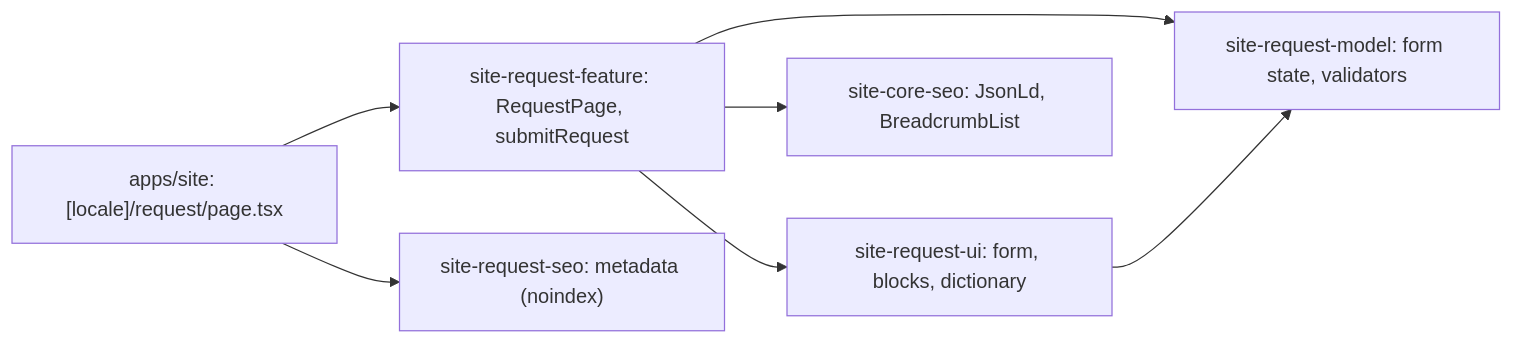
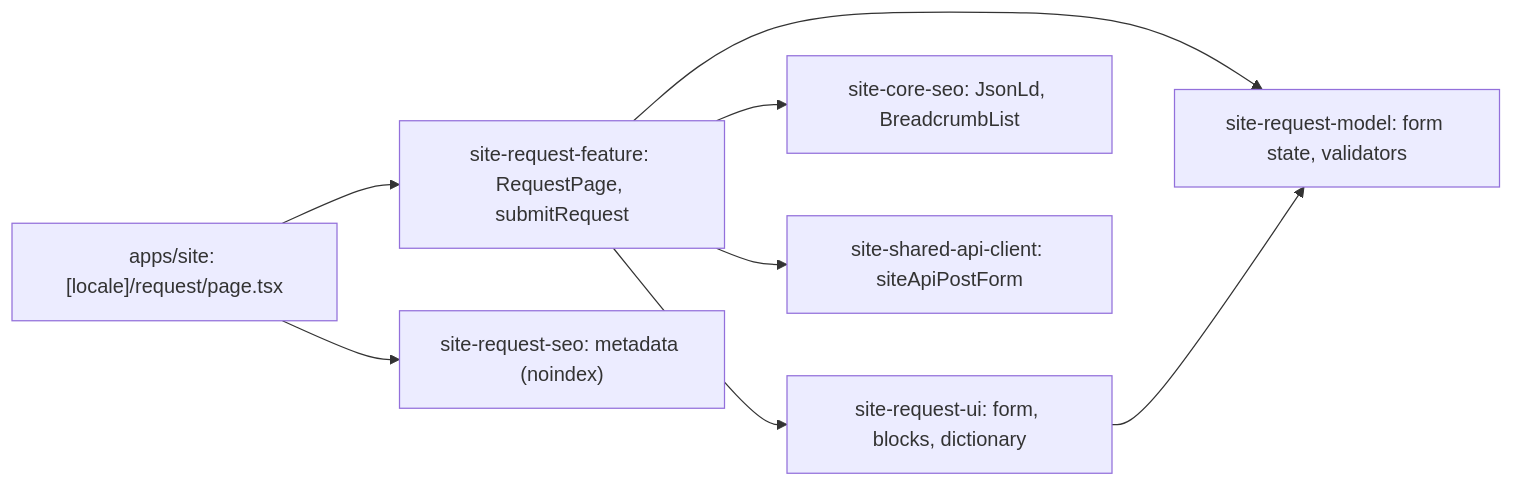
Before and after one commit to Weretik/brevi-web: the diagram in docs/features/site/request.md, drawn with Mermaid. The commit also changed other lines of this file and 51 other files, not shown here.

First line of the commit message:
Add «Заявки з сайту»: the site form posts requests to BreviERP (LEAD-002)

````diff
--- a/docs/features/site/request.md
+++ b/docs/features/site/request.md
@@ -11,9 +11,10 @@
 ```mermaid
 flowchart LR
   Route["apps/site: [locale]/request/page.tsx"] --> Feature["site-request-feature: RequestPage, submitRequest"]
   Route --> PageSeo["site-request-seo: metadata (noindex)"]
   Feature --> Ui["site-request-ui: form, blocks, dictionary"]
   Feature --> Model["site-request-model: form state, validators"]
   Ui --> Model
   Feature --> Seo["site-core-seo: JsonLd, BreadcrumbList"]
+  Feature --> Api["site-shared-api-client: siteApiPostForm"]
 ```
````
